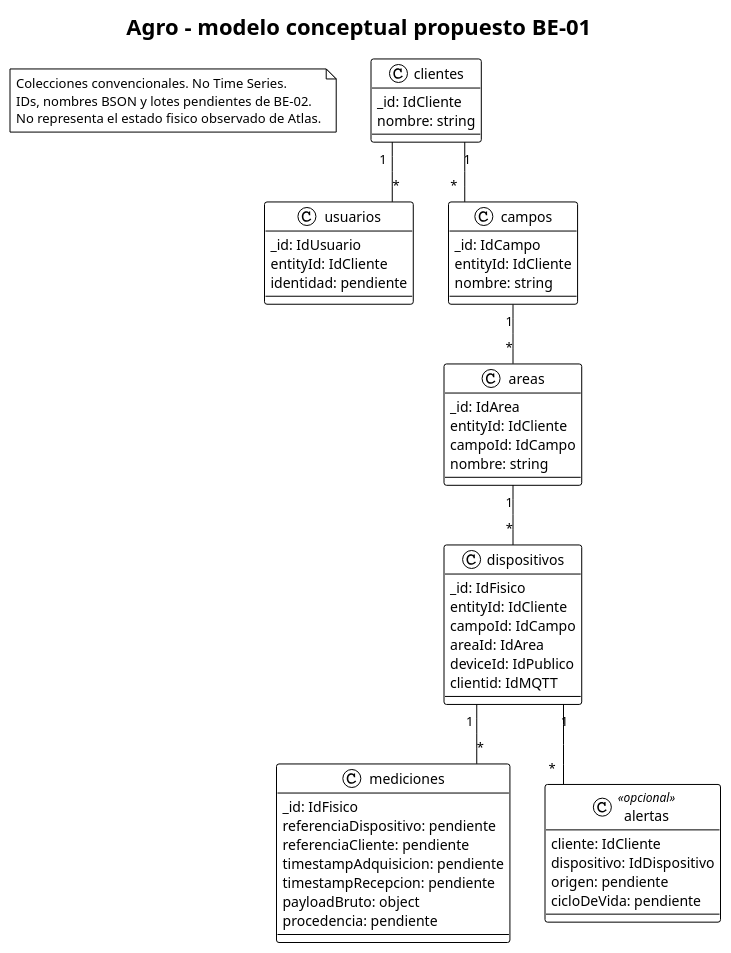
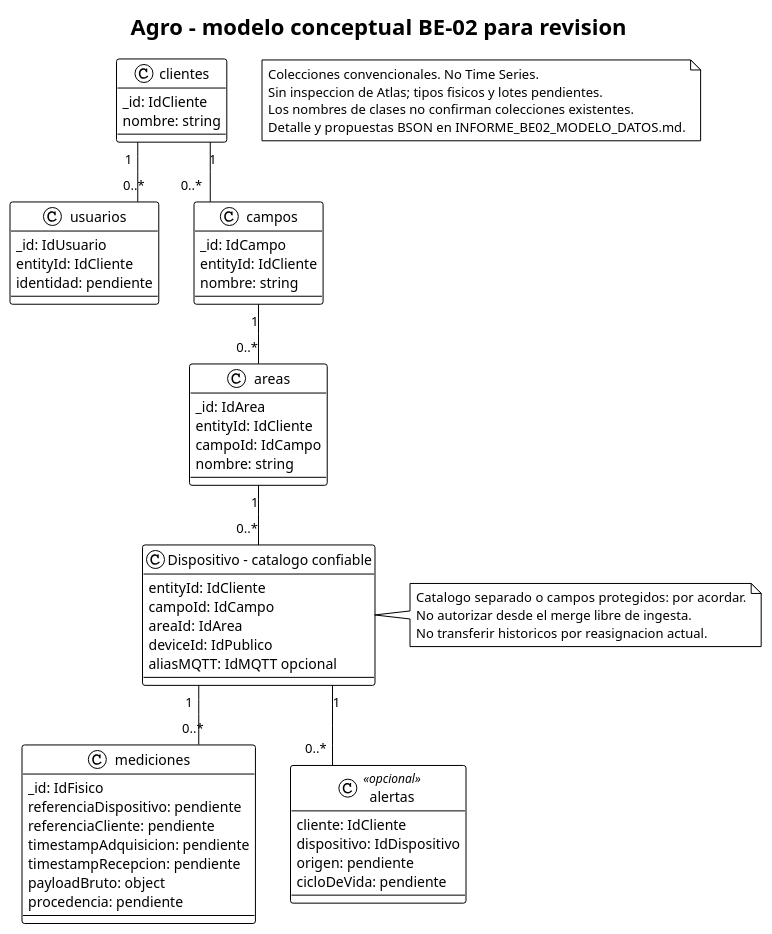
Before and after one commit to Proyecto-Agro-Org/be-agro: the diagram in ddbb.puml, drawn with PlantUML. The commit also changed 2 other files, not shown here.

Commit message:
docs: documentar modelo de datos BE-02 pendiente de Atlas

```diff
--- a/ddbb.puml
+++ b/ddbb.puml
@@ -1,56 +1,60 @@
 @startuml
 !theme plain
 top to bottom direction
 skinparam linetype ortho
-title Agro - modelo conceptual propuesto BE-01
-note "Colecciones convencionales. No Time Series.\nIDs, nombres BSON y lotes pendientes de BE-02.\nNo representa el estado fisico observado de Atlas." as N
+title Agro - modelo conceptual BE-02 para revision
+note "Colecciones convencionales. No Time Series.\nSin inspeccion de Atlas; tipos fisicos y lotes pendientes.\nLos nombres de clases no confirman colecciones existentes.\nDetalle y propuestas BSON en INFORME_BE02_MODELO_DATOS.md." as N
 class clientes {
   _id: IdCliente
   nombre: string
 }
 class usuarios {
   _id: IdUsuario
   entityId: IdCliente
   identidad: pendiente
 }
 class campos {
   _id: IdCampo
   entityId: IdCliente
   nombre: string
 }
 class areas {
   _id: IdArea
   entityId: IdCliente
   campoId: IdCampo
   nombre: string
 }
-class dispositivos {
-  _id: IdFisico
+class "Dispositivo - catalogo confiable" as dispositivos {
   entityId: IdCliente
   campoId: IdCampo
   areaId: IdArea
   deviceId: IdPublico
-  clientid: IdMQTT
+  aliasMQTT: IdMQTT opcional
 }
+note right of dispositivos
+  Catalogo separado o campos protegidos: por acordar.
+  No autorizar desde el merge libre de ingesta.
+  No transferir historicos por reasignacion actual.
+end note
 class mediciones {
   _id: IdFisico
   referenciaDispositivo: pendiente
   referenciaCliente: pendiente
   timestampAdquisicion: pendiente
   timestampRecepcion: pendiente
   payloadBruto: object
   procedencia: pendiente
 }
 class alertas <<opcional>> {
   cliente: IdCliente
   dispositivo: IdDispositivo
   origen: pendiente
   cicloDeVida: pendiente
 }
-clientes "1" -- "*" usuarios
-clientes "1" -- "*" campos
-campos "1" -- "*" areas
-areas "1" -- "*" dispositivos
-dispositivos "1" -- "*" mediciones
-dispositivos "1" -- "*" alertas
+clientes "1" -- "0..*" usuarios
+clientes "1" -- "0..*" campos
+campos "1" -- "0..*" areas
+areas "1" -- "0..*" dispositivos
+dispositivos "1" -- "0..*" mediciones
+dispositivos "1" -- "0..*" alertas
 @enduml
```
